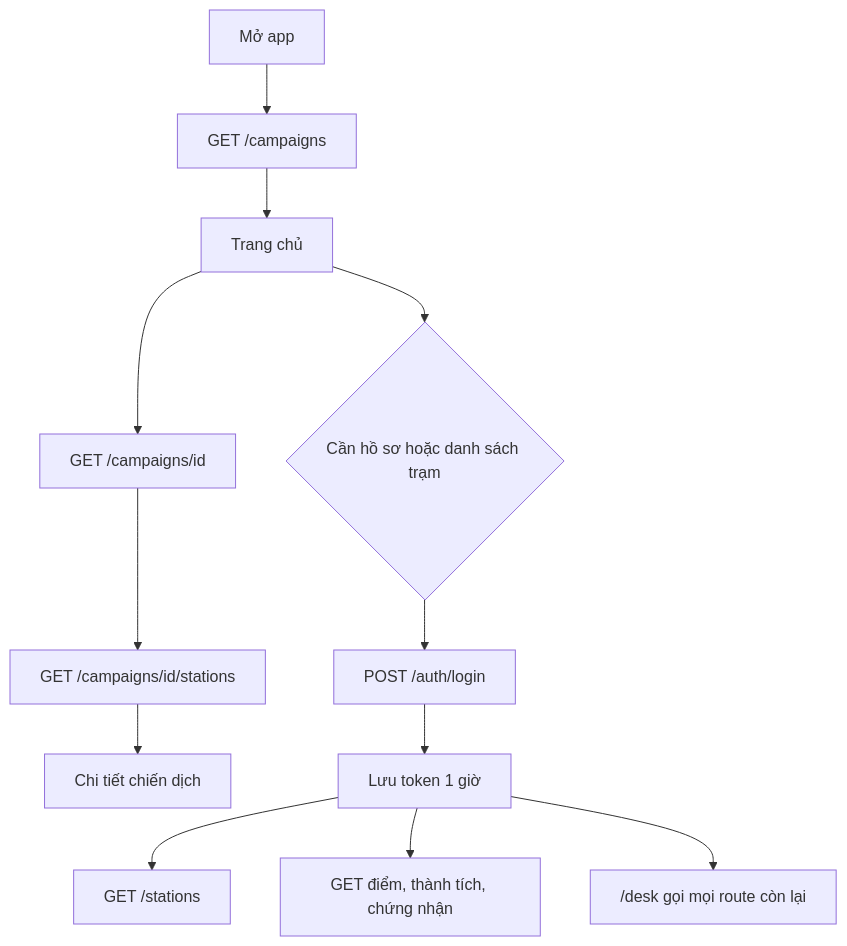
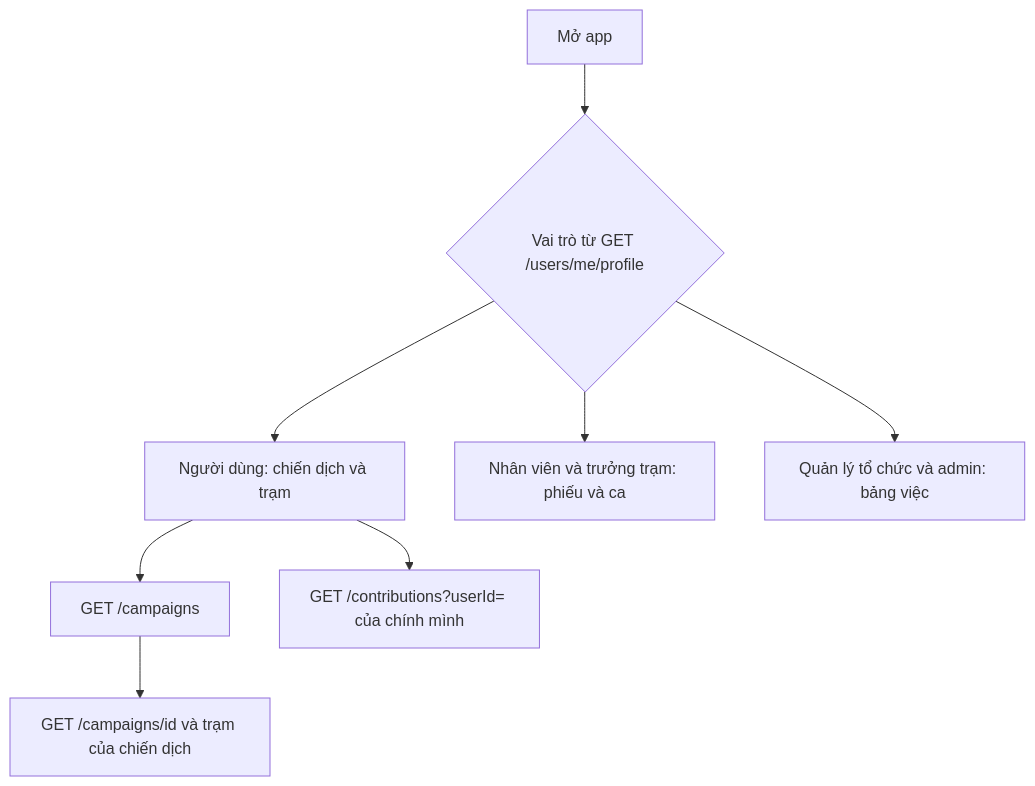
Before and after one commit to tnhan23/PassThingsCharity: the first of 2 diagrams in README.md, drawn with Mermaid. The commit also changed other lines of this file, not shown here.

First line of the commit message:
docs: describe the phone flows that call the current API

````diff
--- a/README.md
+++ b/README.md
@@ -5,14 +9,10 @@
 ```mermaid
 flowchart TD
-  mo[Mở app] --> ds["GET /campaigns"]
-  ds --> chu[Trang chủ]
-  chu --> ct["GET /campaigns/id"]
-  ct --> ts["GET /campaigns/id/stations"]
-  ts --> man[Chi tiết chiến dịch]
-  chu --> dang{Cần hồ sơ hoặc danh sách trạm}
-  dang --> login["POST /auth/login"]
-  login --> token[Lưu token 1 giờ]
-  token --> list["GET /stations"]
-  token --> ho["GET điểm, thành tích, chứng nhận"]
-  token --> desk["/desk gọi mọi route còn lại"]
+  mo[Mở app] --> vai{Vai trò từ GET /users/me/profile}
+  vai --> user[Người dùng: chiến dịch và trạm]
+  vai --> quay[Nhân viên và trưởng trạm: phiếu và ca]
+  vai --> quan[Quản lý tổ chức và admin: bảng việc]
+  user --> ds["GET /campaigns"]
+  ds --> ct["GET /campaigns/id và trạm của chiến dịch"]
+  user --> phieu["GET /contributions?userId= của chính mình"]
 ```
````
